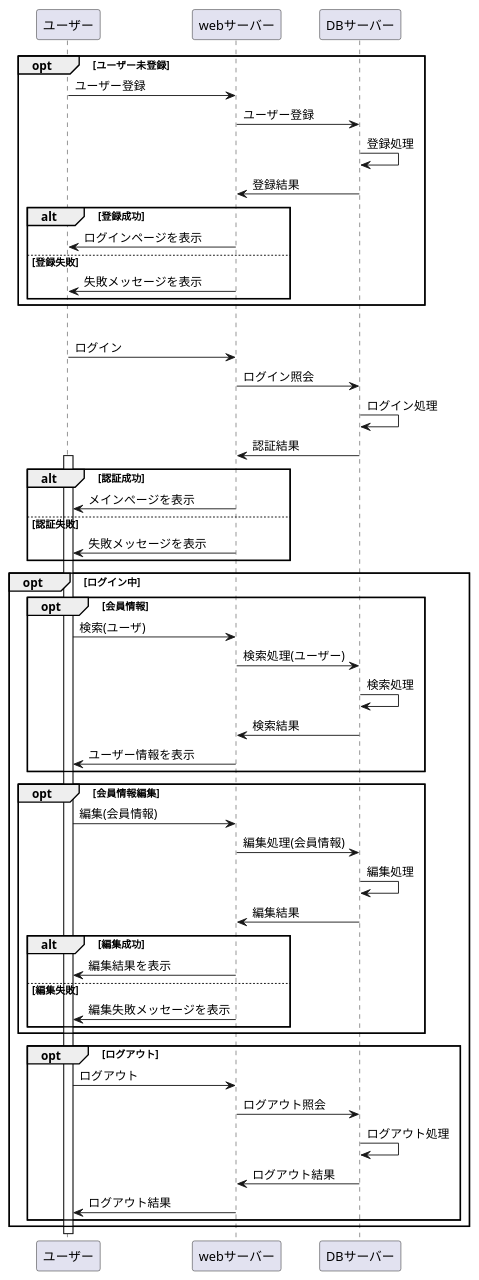
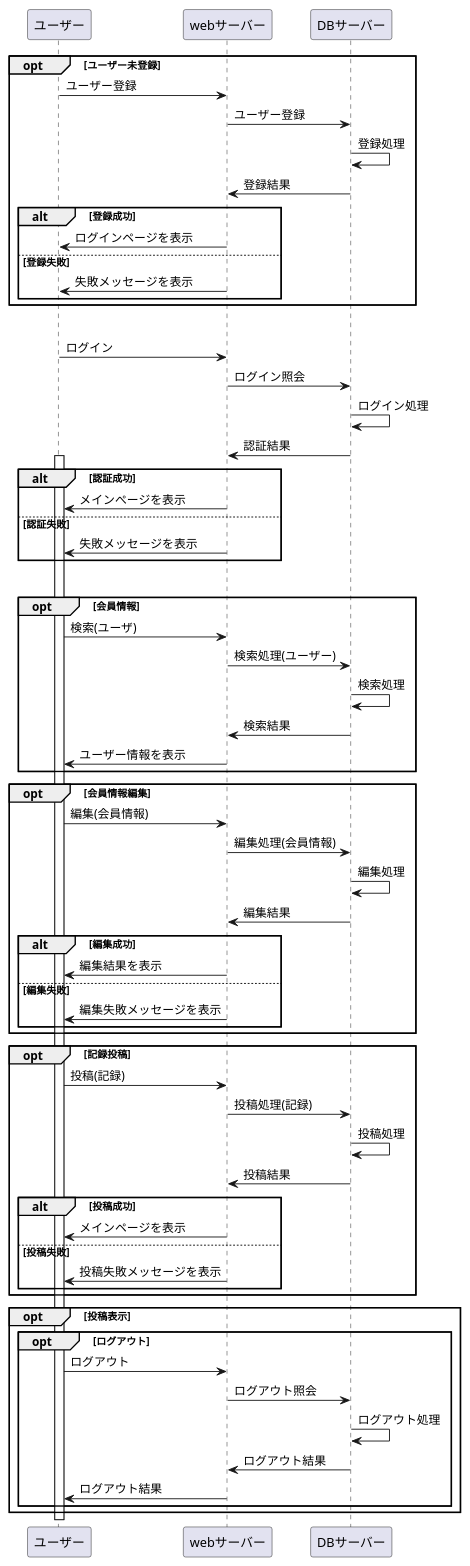
One commit to Aso2001031/System4_ver2.0 changed the diagram in 02_業務フロー/業務フロー.md. Above: the diagram before and after it, drawn with PlantUML.

````diff
--- a/02_業務フロー/業務フロー.md
+++ b/02_業務フロー/業務フロー.md
@@ -1,67 +1,79 @@
 ```uml
 @startuml
 opt ユーザー未登録
 ユーザー -> webサーバー : ユーザー登録
 webサーバー -> DBサーバー : ユーザー登録
 DBサーバー -> DBサーバー : 登録処理
 DBサーバー -> webサーバー : 登録結果
 
 alt 登録成功
  webサーバー -> ユーザー : ログインページを表示
 else 登録失敗
  webサーバー -> ユーザー : 失敗メッセージを表示
  end
 end
 
 opt ログイン
 ユーザー -> webサーバー : ログイン
 webサーバー -> DBサーバー : ログイン照会
 DBサーバー -> DBサーバー : ログイン処理
 DBサーバー -> webサーバー : 認証結果
 
 activate ユーザー
 alt 認証成功
 webサーバー -> ユーザー : メインぺージを表示
 else 認証失敗
 webサーバー -> ユーザー : 失敗メッセージを表示
 end
 
 opt ログイン中
 
 opt 会員情報
 ユーザー -> webサーバー : 検索(ユーザ)
 webサーバー -> DBサーバー : 検索処理(ユーザー)
 DBサーバー -> DBサーバー : 検索処理
 DBサーバー -> webサーバー : 検索結果
 webサーバー -> ユーザー : ユーザー情報を表示
 end
 
 opt 会員情報編集
 ユーザー -> webサーバー : 編集(会員情報)
 webサーバー -> DBサーバー : 編集処理(会員情報)
 DBサーバー -> DBサーバー : 編集処理
 DBサーバー -> webサーバー : 編集結果
-
 alt 編集成功
 webサーバー -> ユーザー : 編集結果を表示
 else 編集失敗
 webサーバー -> ユーザー : 編集失敗メッセージを表示
 end
+end
 
+opt 記録投稿
+ユーザー -> webサーバー : 投稿(記録)
+webサーバー -> DBサーバー : 投稿処理(記録)
+DBサーバー -> DBサーバー : 投稿処理
+DBサーバー -> webサーバー : 投稿結果
+alt 投稿成功
+webサーバー -> ユーザー : メインページを表示
+else 投稿失敗
+webサーバー -> ユーザー : 投稿失敗メッセージを表示
 end
+end
+
+opt 投稿表示
 
 
 opt ログアウト
 ユーザー -> webサーバー : ログアウト
 webサーバー -> DBサーバー : ログアウト照会
 DBサーバー -> DBサーバー : ログアウト処理
 DBサーバー -> webサーバー : ログアウト結果
 webサーバー -> ユーザー : ログアウト結果
+end
 
-end
 
 end
 
 
 @enduml
 ```
````
